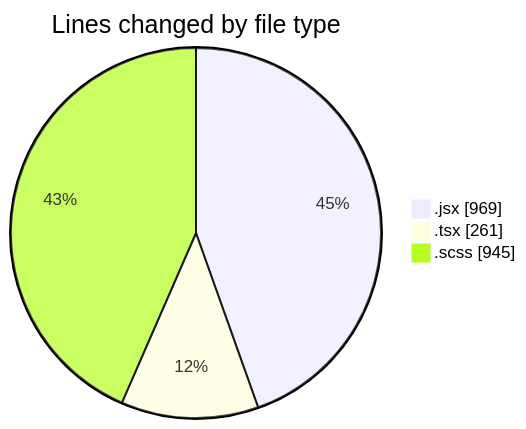
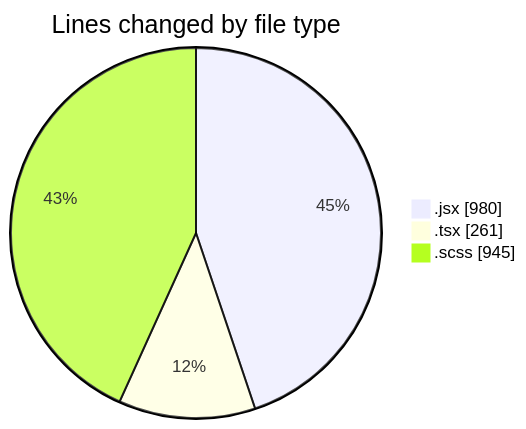
One commit to momahboobian/code-tracking changed the first of 2 diagrams in 2026-02-11/cda/README.md. Above: the diagram before and after it, drawn with Mermaid. The commit also changed other lines of this file and 1 other file, not shown here.

````diff
--- a/2026-02-11/cda/README.md
+++ b/2026-02-11/cda/README.md
@@ -27,7 +28,7 @@
 ```mermaid
 pie showData
 title Lines changed by file type
-".jsx" : 969
+".jsx" : 980
 ".tsx" : 261
 ".scss" : 945
 ```
````
